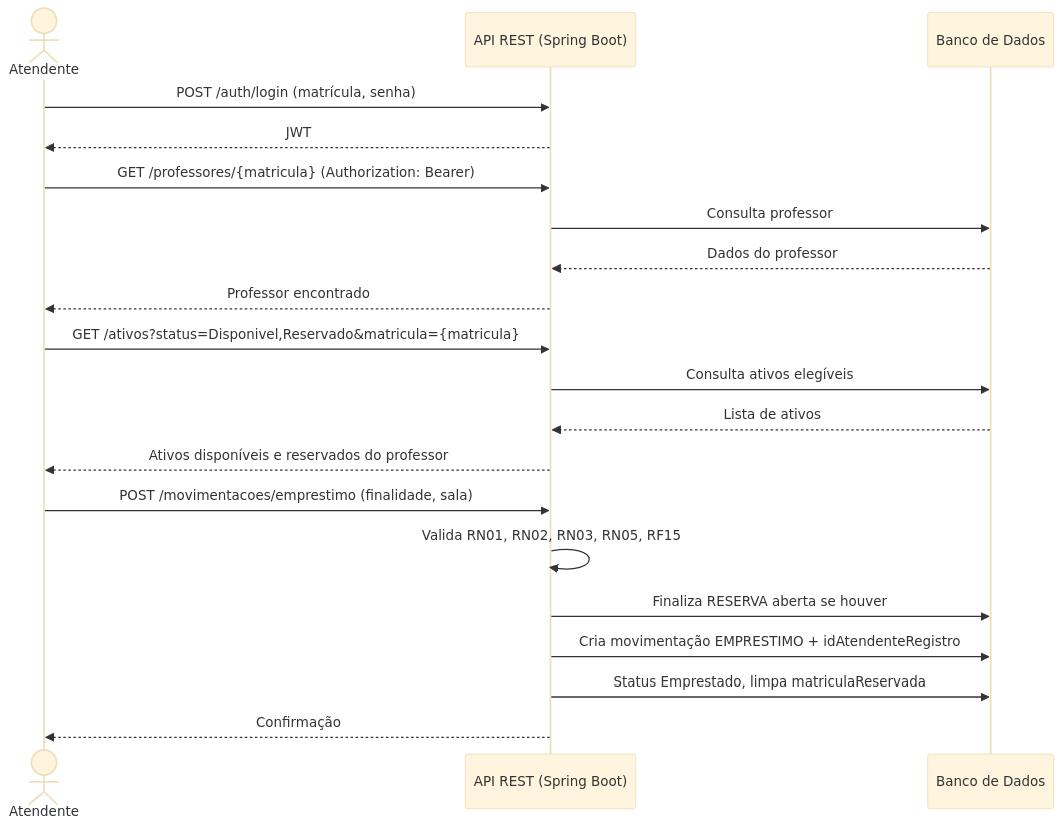
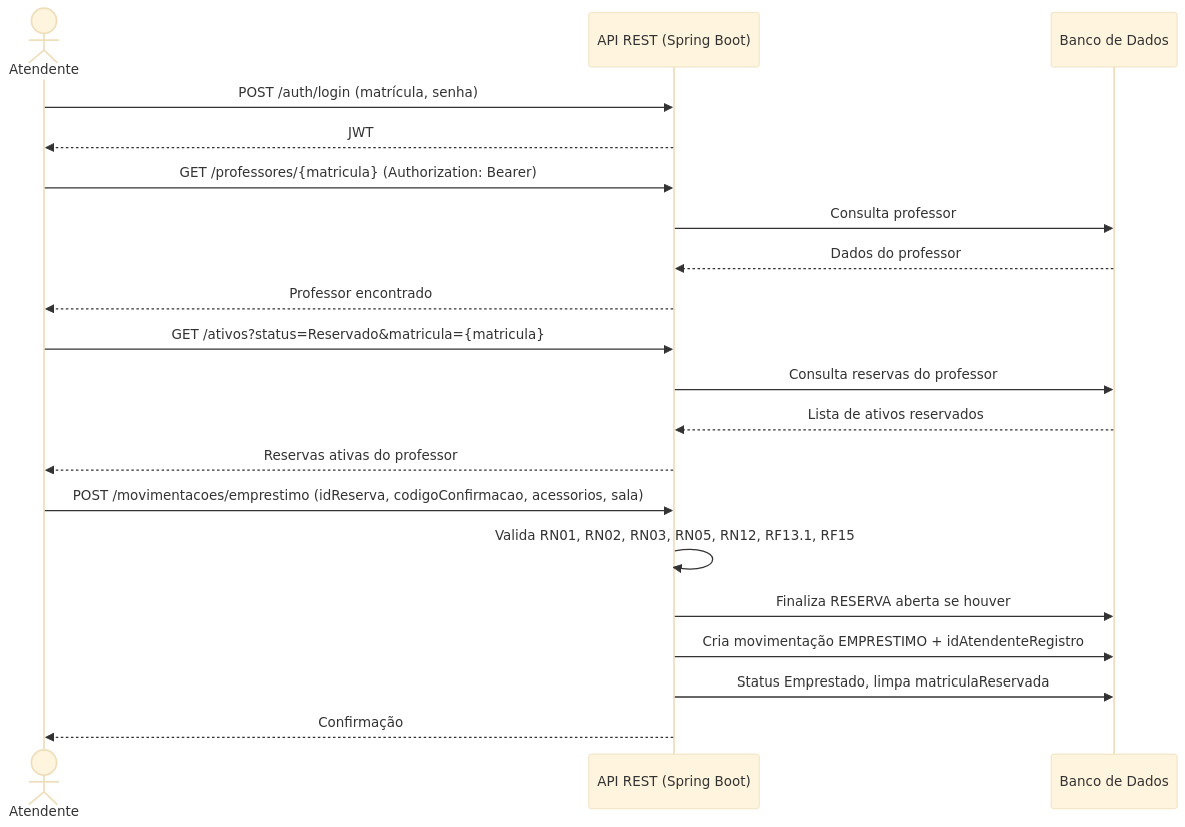
One commit to oliveiraleonardo918-ui/TesteEmProducao26.1 changed the third of 6 diagrams in README.md. Above: the diagram before and after it, drawn with Mermaid (base theme). The commit also changed other lines of this file, not shown here.

First line of the commit message:
docs: fluxo só por reserva, código de 4 dígitos e acessórios

````diff
--- a/README.md
+++ b/README.md
@@ -749,26 +766,26 @@
 ```mermaid
 sequenceDiagram
     actor Atendente
     participant API as API REST (Spring Boot)
     participant DB as Banco de Dados
 
     Atendente->>API: POST /auth/login (matrícula, senha)
     API-->>Atendente: JWT
 
     Atendente->>API: GET /professores/{matricula} (Authorization: Bearer)
     API->>DB: Consulta professor
     DB-->>API: Dados do professor
     API-->>Atendente: Professor encontrado
 
-    Atendente->>API: GET /ativos?status=Disponivel,Reservado&matricula={matricula}
-    API->>DB: Consulta ativos elegíveis
-    DB-->>API: Lista de ativos
-    API-->>Atendente: Ativos disponíveis e reservados do professor
+    Atendente->>API: GET /ativos?status=Reservado&matricula={matricula}
+    API->>DB: Consulta reservas do professor
+    DB-->>API: Lista de ativos reservados
+    API-->>Atendente: Reservas ativas do professor
 
-    Atendente->>API: POST /movimentacoes/emprestimo (finalidade, sala)
-    API->>API: Valida RN01, RN02, RN03, RN05, RF15
+    Atendente->>API: POST /movimentacoes/emprestimo (idReserva, codigoConfirmacao, acessorios, sala)
+    API->>API: Valida RN01, RN02, RN03, RN05, RN12, RF13.1, RF15
     API->>DB: Finaliza RESERVA aberta se houver
     API->>DB: Cria movimentação EMPRESTIMO + idAtendenteRegistro
     API->>DB: Status Emprestado, limpa matriculaReservada
     API-->>Atendente: Confirmação
 ```
````
